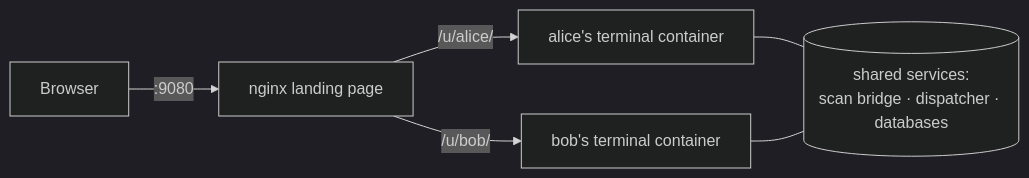
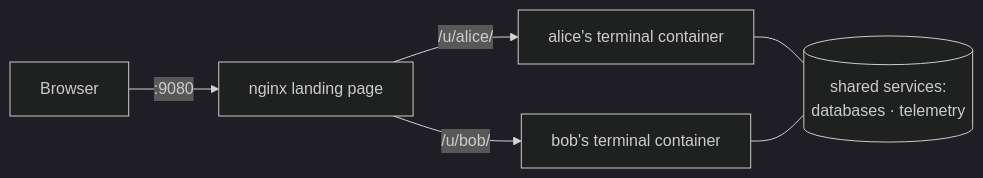
One commit to als-apg/osprey changed the diagram in docs/source/how-to/web-terminal/multi-user.rst. Above: the diagram before and after it, drawn with Mermaid (dark theme). The commit also changed other lines of this file and 17 other files, not shown here.

```diff
--- a/docs/source/how-to/web-terminal/multi-user.rst
+++ b/docs/source/how-to/web-terminal/multi-user.rst
@@ -54,8 +54,8 @@
 .. mermaid::
 
    flowchart LR
        B[Browser] -->|:9080| N[nginx landing page]
        N -->|/u/alice/| A[alice's terminal container]
        N -->|/u/bob/| Bo[bob's terminal container]
-       A --- S[(shared services:<br/>scan bridge · dispatcher · databases)]
+       A --- S[(shared services:<br/>databases · telemetry)]
        Bo --- S
```
